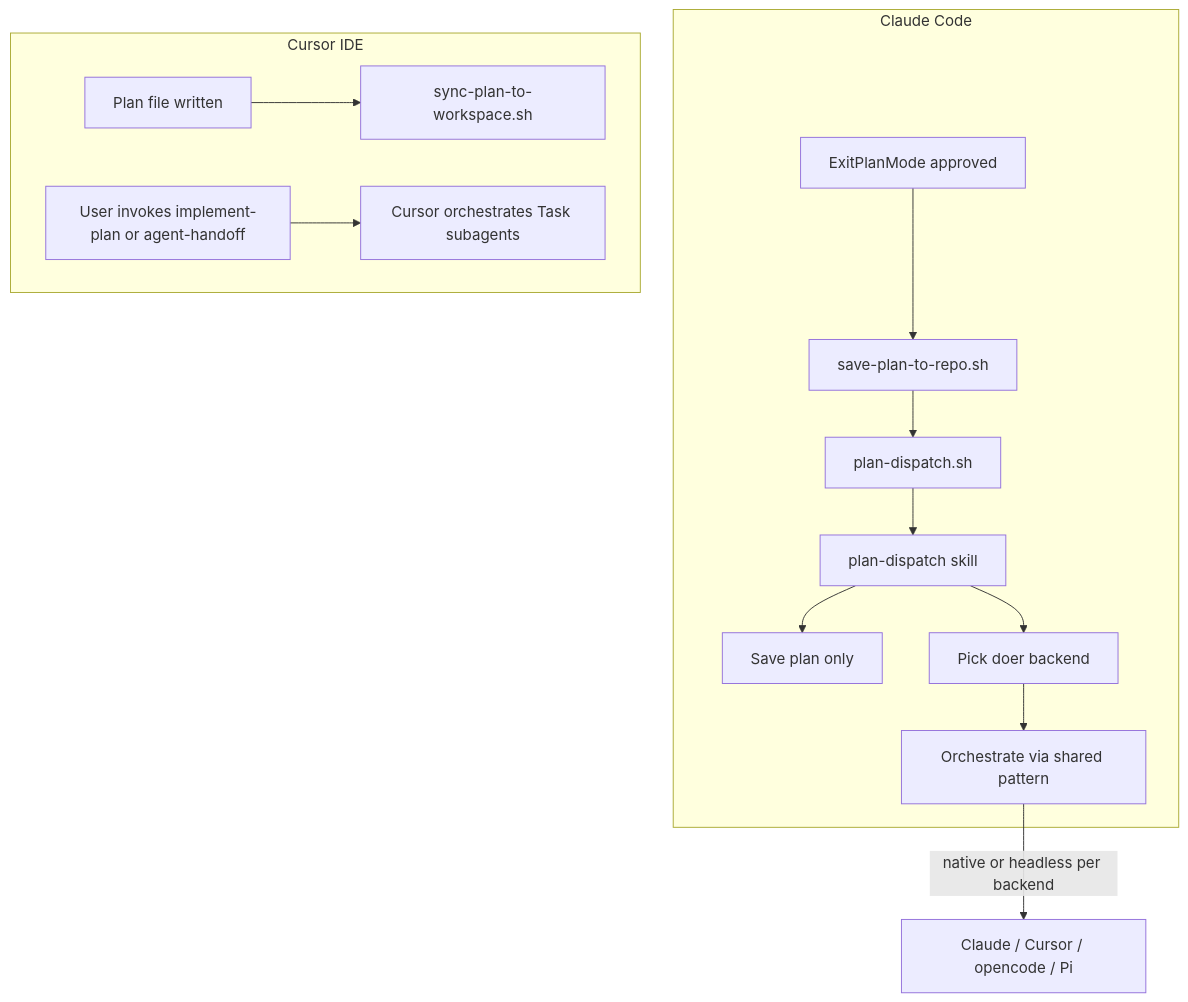
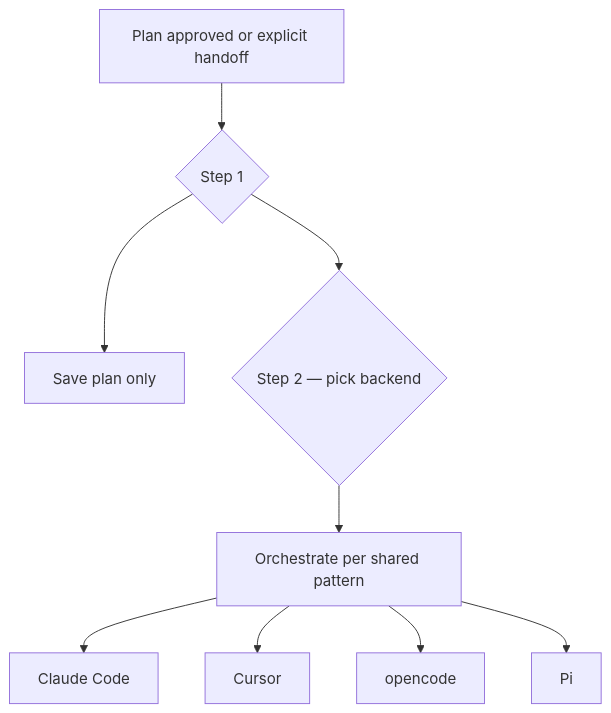
The diagram in plugins/plan-to-agents/README.md (joemocode-business/joemocode-llm-plugins), drawn with Mermaid before and after one commit. The commit also changed other lines of this file and 4 other files, not shown here.

First line of the commit message:
Document four-harness plan-to-agents dispatch in manifests and docs (Phase 5).

````diff
--- a/plugins/plan-to-agents/README.md
+++ b/plugins/plan-to-agents/README.md
@@ -13,24 +31,15 @@
 ```mermaid
 flowchart TB
-  subgraph claude [Claude Code]
-    approve[ExitPlanMode approved]
-    saveHook[save-plan-to-repo.sh]
-    dispatchHook[plan-dispatch.sh]
-    dispatchSkill[plan-dispatch skill]
-    approve --> saveHook --> dispatchHook --> dispatchSkill
-    dispatchSkill --> saveOnly[Save plan only]
-    dispatchSkill --> pickBackend[Pick doer backend]
-    pickBackend --> orchestrate[Orchestrate via shared pattern]
-  end
-
-  subgraph cursor [Cursor IDE]
-    planEdit[Plan file written]
-    syncHook[sync-plan-to-workspace.sh]
-    explicit[User invokes implement-plan or agent-handoff]
-    taskOrch[Cursor orchestrates Task subagents]
-    planEdit --> syncHook
-    explicit --> taskOrch
-  end
-
-  orchestrate -->|"native or headless per backend"| doers[Claude / Cursor / opencode / Pi]
+  approve[Plan approved or explicit handoff]
+  q1{Step 1}
+  saveOnly[Save plan only]
+  q2{Step 2 — pick backend}
+  orch[Orchestrate per shared pattern]
+  approve --> q1
+  q1 --> saveOnly
+  q1 --> q2 --> orch
+  orch --> claude[Claude Code]
+  orch --> cursor[Cursor]
+  orch --> oc[opencode]
+  orch --> pi[Pi]
 ```
````
